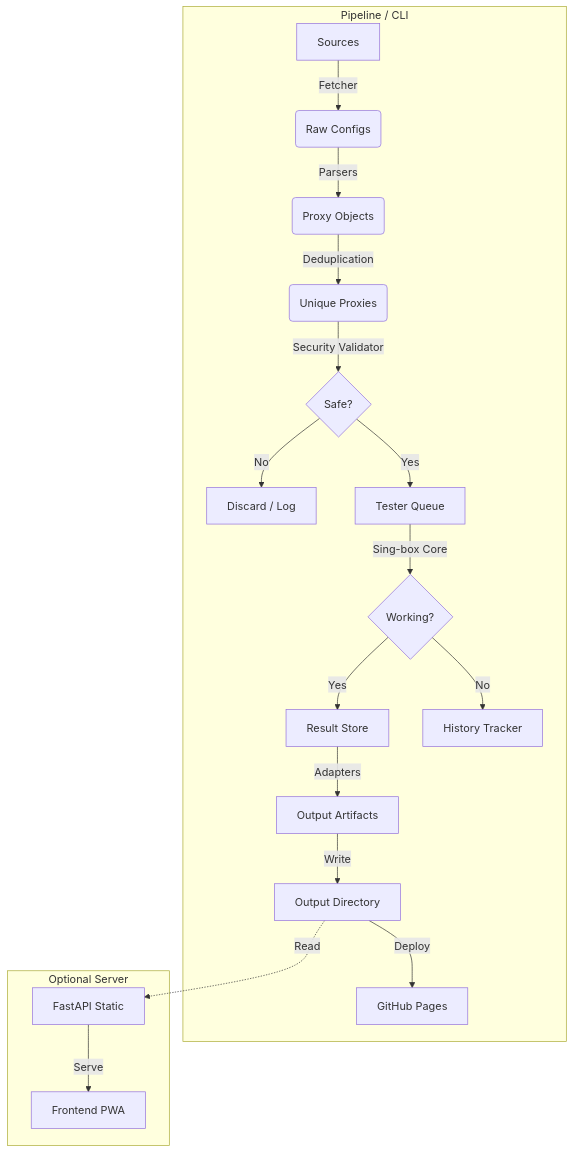
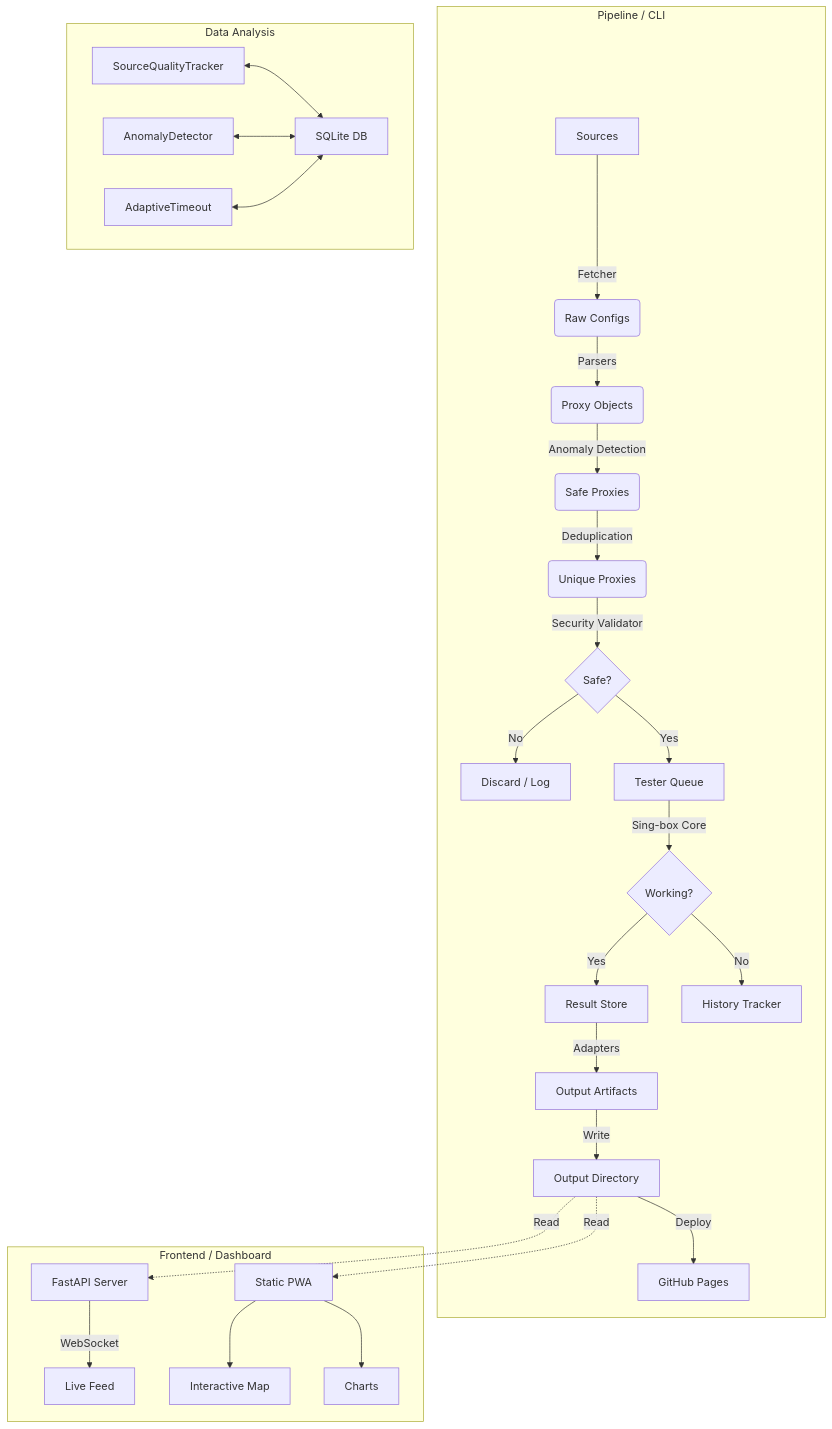
One commit to AmirrezaFarnamTaheri/ConfigStream changed the diagram in ARCHITECTURE.md. Above: the diagram before and after it, drawn with Mermaid. The commit also changed other lines of this file and 30 other files, not shown here.

First line of the commit message:
feat: Advanced anomaly detection, PWA dashboard, and protocol adapters

````diff
--- a/ARCHITECTURE.md
+++ b/ARCHITECTURE.md
@@ -7,22 +7,32 @@
 ```mermaid
 graph TD
     subgraph Pipeline [Pipeline / CLI]
         A[Sources] -->|Fetcher| B(Raw Configs)
         B -->|Parsers| C(Proxy Objects)
-        C -->|Deduplication| D(Unique Proxies)
-        D -->|Security Validator| E{Safe?}
-        E -- No --> F[Discard / Log]
-        E -- Yes --> G[Tester Queue]
-        G -->|Sing-box Core| H{Working?}
-        H -- Yes --> I[Result Store]
-        H -- No --> J[History Tracker]
-        I -->|Adapters| K[Output Artifacts]
-        K -->|Write| L[Output Directory]
-        L -->|Deploy| M[GitHub Pages]
+        C -->|Anomaly Detection| D(Safe Proxies)
+        D -->|Deduplication| E(Unique Proxies)
+        E -->|Security Validator| F{Safe?}
+        F -- No --> G[Discard / Log]
+        F -- Yes --> H[Tester Queue]
+        H -->|Sing-box Core| I{Working?}
+        I -- Yes --> J[Result Store]
+        I -- No --> K[History Tracker]
+        J -->|Adapters| L[Output Artifacts]
+        L -->|Write| M[Output Directory]
+        M -->|Deploy| N[GitHub Pages]
     end
 
-    subgraph Viewer [Optional Server]
-        L -.->|Read| N[FastAPI Static]
-        N -->|Serve| P[Frontend PWA]
+    subgraph Intelligence [Data Analysis]
+        O[SourceQualityTracker] <--> P[SQLite DB]
+        Q[AnomalyDetector] <--> P
+        R[AdaptiveTimeout] <--> P
+    end
+
+    subgraph Viewer [Frontend / Dashboard]
+        M -.->|Read| S[FastAPI Server]
+        S -->|WebSocket| T[Live Feed]
+        M -.->|Read| U[Static PWA]
+        U --> V[Interactive Map]
+        U --> W[Charts]
     end
 ```
````
